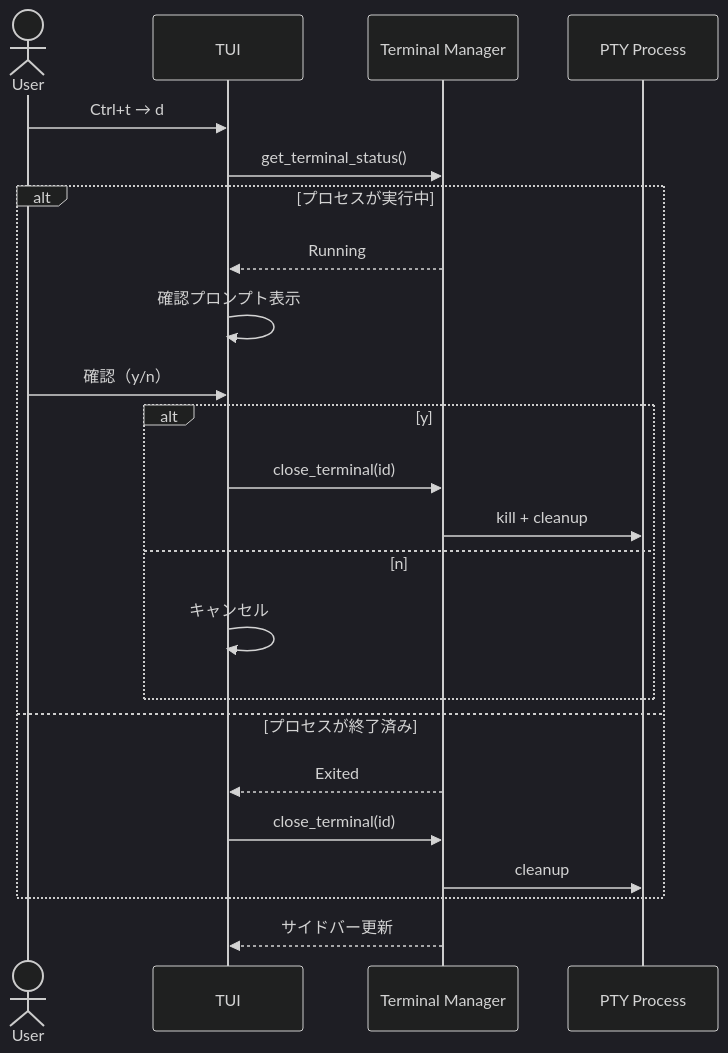
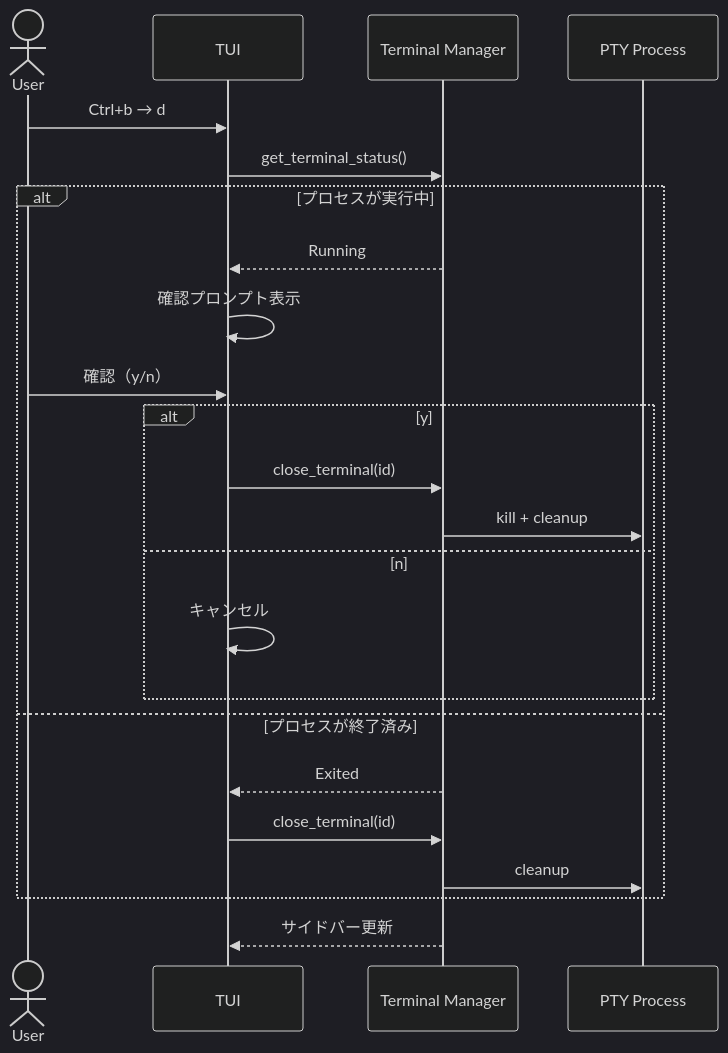
Before and after one commit to Kobayashi-takumi/cli-manager: the third of 5 diagrams in docs/requirements.md, drawn with Mermaid (dark theme). The commit also changed other lines of this file and 7 other files, not shown here.

````diff
--- a/docs/requirements.md
+++ b/docs/requirements.md
@@ -115,26 +115,26 @@
 ```mermaid
 sequenceDiagram
     actor User
     participant TUI
     participant TM as Terminal Manager
     participant PTY as PTY Process
 
-    User->>TUI: Ctrl+t → d
+    User->>TUI: Ctrl+b → d
     TUI->>TM: get_terminal_status()
     alt プロセスが実行中
         TM-->>TUI: Running
         TUI->>TUI: 確認プロンプト表示
         User->>TUI: 確認（y/n）
         alt y
             TUI->>TM: close_terminal(id)
             TM->>PTY: kill + cleanup
         else n
             TUI->>TUI: キャンセル
         end
     else プロセスが終了済み
         TM-->>TUI: Exited
         TUI->>TM: close_terminal(id)
         TM->>PTY: cleanup
     end
     TM-->>TUI: サイドバー更新
 ```
````
